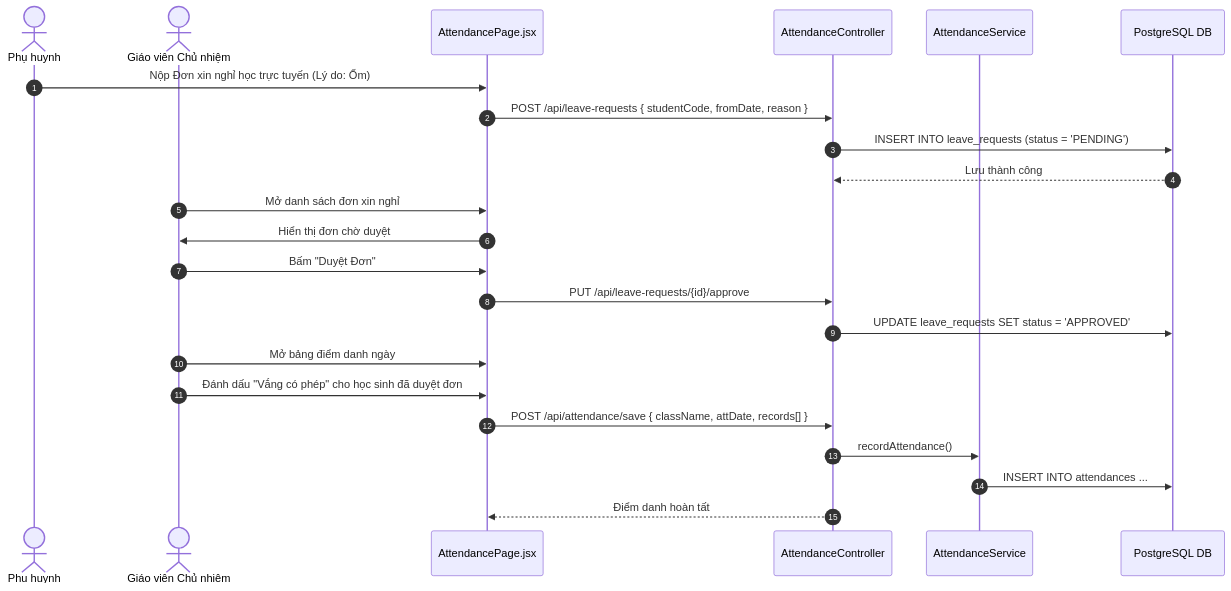
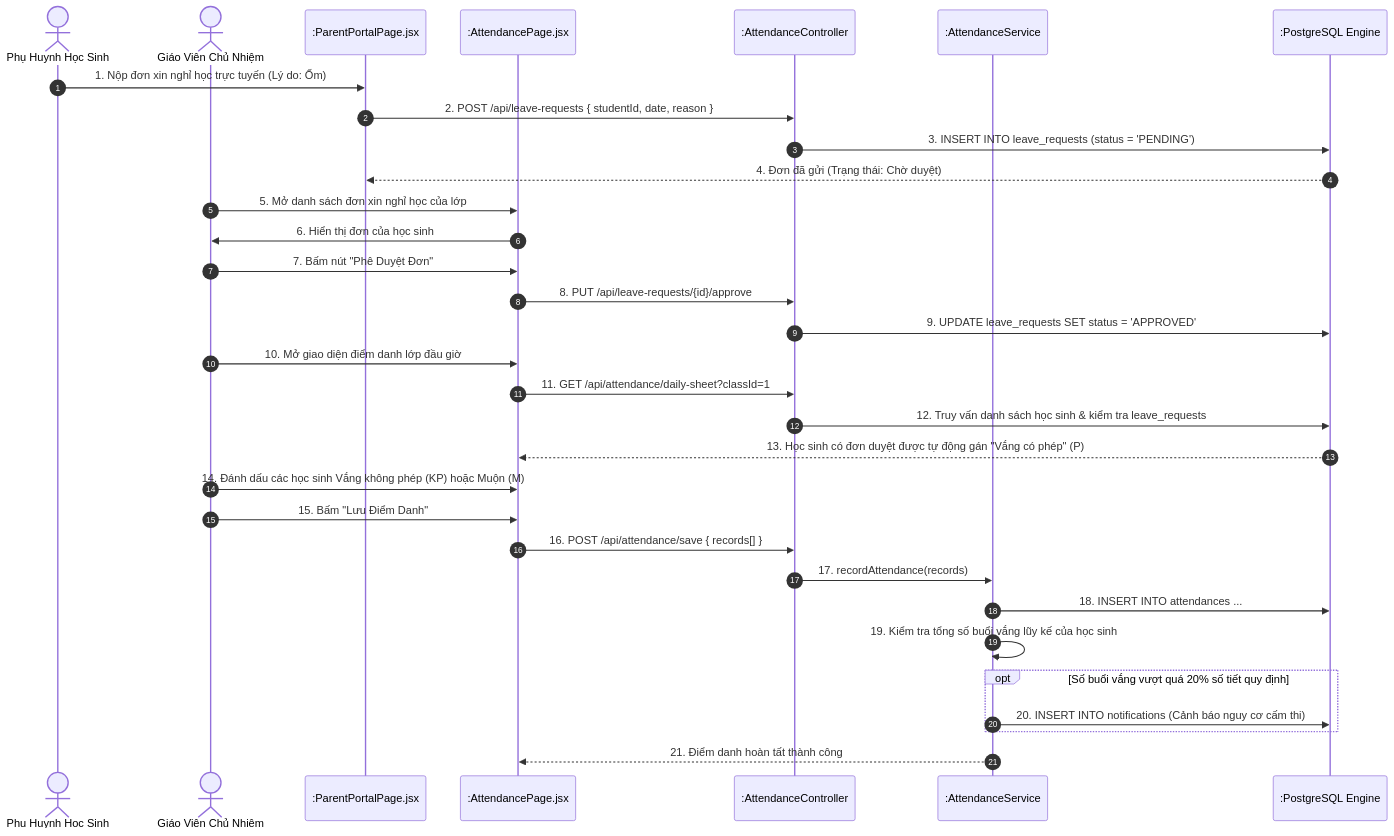
The fifth of 9 diagrams in docs/UML_DIAGRAMS.md (DYBInh2k5/Phat-Trien-Du-An-Phan-Mem), drawn with Mermaid before and after one commit. The commit also changed other lines of this file and 3 other files, not shown here.

Commit message:
docs: chuan hoa tai lieu USE_CASES va UML_DIAGRAMS theo tieu chuan ky nghe phan mem RUP Cockburn va OMG UML 2.5

````diff
--- a/docs/UML_DIAGRAMS.md
+++ b/docs/UML_DIAGRAMS.md
@@ -296,28 +432,39 @@
 ```mermaid
 sequenceDiagram
     autonumber
-    actor Parent as Phụ huynh
-    actor Teacher as Giáo viên Chủ nhiệm
-    participant UI as AttendancePage.jsx
-    participant Controller as AttendanceController
-    participant Service as AttendanceService
-    participant DB as PostgreSQL DB
+    actor Parent as Phụ Huynh Học Sinh
+    actor GVCN as Giáo Viên Chủ Nhiệm
+    participant ViewParent as :ParentPortalPage.jsx
+    participant ViewGVCN as :AttendancePage.jsx
+    participant Controller as :AttendanceController
+    participant Service as :AttendanceService
+    participant DB as :PostgreSQL Engine
 
-    Parent->>UI: Nộp Đơn xin nghỉ học trực tuyến (Lý do: Ốm)
-    UI->>Controller: POST /api/leave-requests { studentCode, fromDate, reason }
-    Controller->>DB: INSERT INTO leave_requests (status = 'PENDING')
-    DB-->>Controller: Lưu thành công
+    Parent->>ViewParent: 1. Nộp đơn xin nghỉ học trực tuyến (Lý do: Ốm)
+    ViewParent->>Controller: 2. POST /api/leave-requests { studentId, date, reason }
+    Controller->>DB: 3. INSERT INTO leave_requests (status = 'PENDING')
+    DB-->>ViewParent: 4. Đơn đã gửi (Trạng thái: Chờ duyệt)
+
+    GVCN->>ViewGVCN: 5. Mở danh sách đơn xin nghỉ học của lớp
+    ViewGVCN->>GVCN: 6. Hiển thị đơn của học sinh
+    GVCN->>ViewGVCN: 7. Bấm nút "Phê Duyệt Đơn"
+    ViewGVCN->>Controller: 8. PUT /api/leave-requests/{id}/approve
+    Controller->>DB: 9. UPDATE leave_requests SET status = 'APPROVED'
     
-    Teacher->>UI: Mở danh sách đơn xin nghỉ
-    UI->>Teacher: Hiển thị đơn chờ duyệt
-    Teacher->>UI: Bấm "Duyệt Đơn"
-    UI->>Controller: PUT /api/leave-requests/{id}/approve
-    Controller->>DB: UPDATE leave_requests SET status = 'APPROVED'
+    GVCN->>ViewGVCN: 10. Mở giao diện điểm danh lớp đầu giờ
+    ViewGVCN->>Controller: 11. GET /api/attendance/daily-sheet?classId=1
+    Controller->>DB: 12. Truy vấn danh sách học sinh & kiểm tra leave_requests
+    DB-->>ViewGVCN: 13. Học sinh có đơn duyệt được tự động gán "Vắng có phép" (P)
     
-    Teacher->>UI: Mở bảng điểm danh ngày
-    Teacher->>UI: Đánh dấu "Vắng có phép" cho học sinh đã duyệt đơn
-    UI->>Controller: POST /api/attendance/save { className, attDate, records[] }
-    Controller->>Service: recordAttendance()
-    Service->>DB: INSERT INTO attendances ...
-    Controller-->>UI: Điểm danh hoàn tất
+    GVCN->>ViewGVCN: 14. Đánh dấu các học sinh Vắng không phép (KP) hoặc Muộn (M)
+    GVCN->>ViewGVCN: 15. Bấm "Lưu Điểm Danh"
+    ViewGVCN->>Controller: 16. POST /api/attendance/save { records[] }
+    Controller->>Service: 17. recordAttendance(records)
+    Service->>DB: 18. INSERT INTO attendances ...
+    
+    Service->>Service: 19. Kiểm tra tổng số buổi vắng lũy kế của học sinh
+    opt Số buổi vắng vượt quá 20% số tiết quy định
+        Service->>DB: 20. INSERT INTO notifications (Cảnh báo nguy cơ cấm thi)
+    end
+    Service-->>ViewGVCN: 21. Điểm danh hoàn tất thành công
 ```
````
